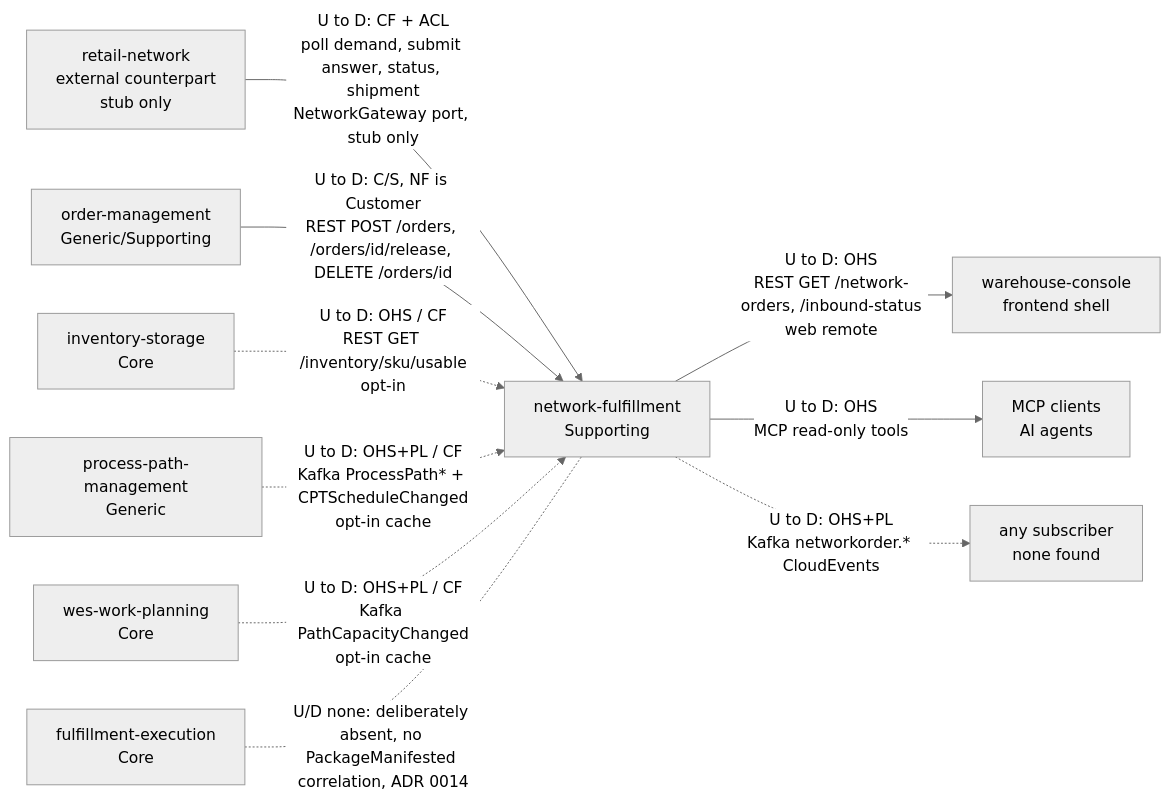
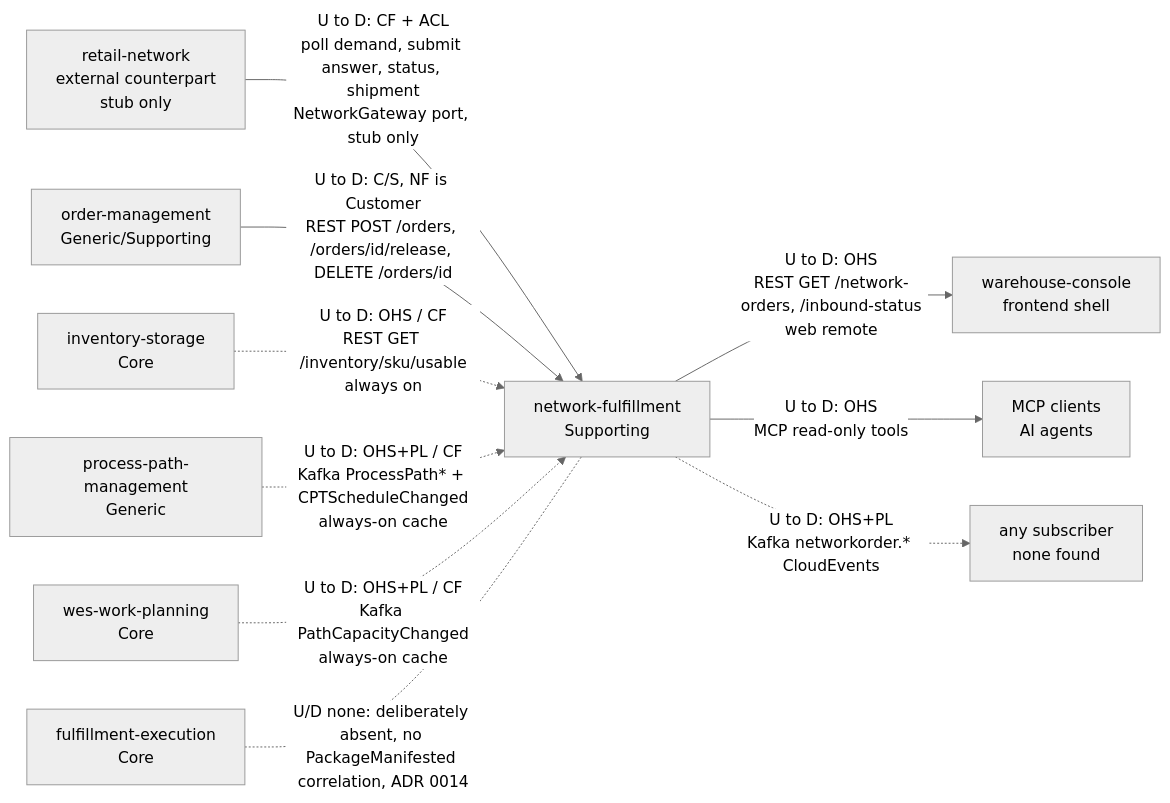
One commit to IQVO/network-fulfillment changed the diagram in docs/ddd/context-map.md. Above: the diagram before and after it, drawn with Mermaid (neutral theme). The commit also changed other lines of this file and 10 other files, not shown here.

````diff
--- a/docs/ddd/context-map.md
+++ b/docs/ddd/context-map.md
@@ -8,23 +8,23 @@
 ```mermaid
 flowchart LR
     RN["retail-network<br/>external counterpart<br/>stub only"]
     NF["network-fulfillment<br/>Supporting"]
     OM["order-management<br/>Generic/Supporting"]
     INV["inventory-storage<br/>Core"]
     PPM["process-path-management<br/>Generic"]
     WWP["wes-work-planning<br/>Core"]
     FE["fulfillment-execution<br/>Core"]
     CON["warehouse-console<br/>frontend shell"]
     AGT["MCP clients<br/>AI agents"]
     SUB["any subscriber<br/>none found"]
 
     RN -->|"U to D: CF + ACL<br/>poll demand, submit answer, status, shipment<br/>NetworkGateway port, stub only"| NF
     OM -->|"U to D: C/S, NF is Customer<br/>REST POST /orders, /orders/id/release, DELETE /orders/id"| NF
-    INV -.->|"U to D: OHS / CF<br/>REST GET /inventory/sku/usable<br/>opt-in"| NF
-    PPM -.->|"U to D: OHS+PL / CF<br/>Kafka ProcessPath* + CPTScheduleChanged<br/>opt-in cache"| NF
-    WWP -.->|"U to D: OHS+PL / CF<br/>Kafka PathCapacityChanged<br/>opt-in cache"| NF
+    INV -.->|"U to D: OHS / CF<br/>REST GET /inventory/sku/usable<br/>always on"| NF
+    PPM -.->|"U to D: OHS+PL / CF<br/>Kafka ProcessPath* + CPTScheduleChanged<br/>always-on cache"| NF
+    WWP -.->|"U to D: OHS+PL / CF<br/>Kafka PathCapacityChanged<br/>always-on cache"| NF
     NF -->|"U to D: OHS<br/>REST GET /network-orders, /inbound-status<br/>web remote"| CON
     NF -->|"U to D: OHS<br/>MCP read-only tools"| AGT
     NF -.->|"U to D: OHS+PL<br/>Kafka networkorder.* CloudEvents"| SUB
     FE -. "U/D none: deliberately absent, no PackageManifested correlation, ADR 0014" .- NF
 ```
````
